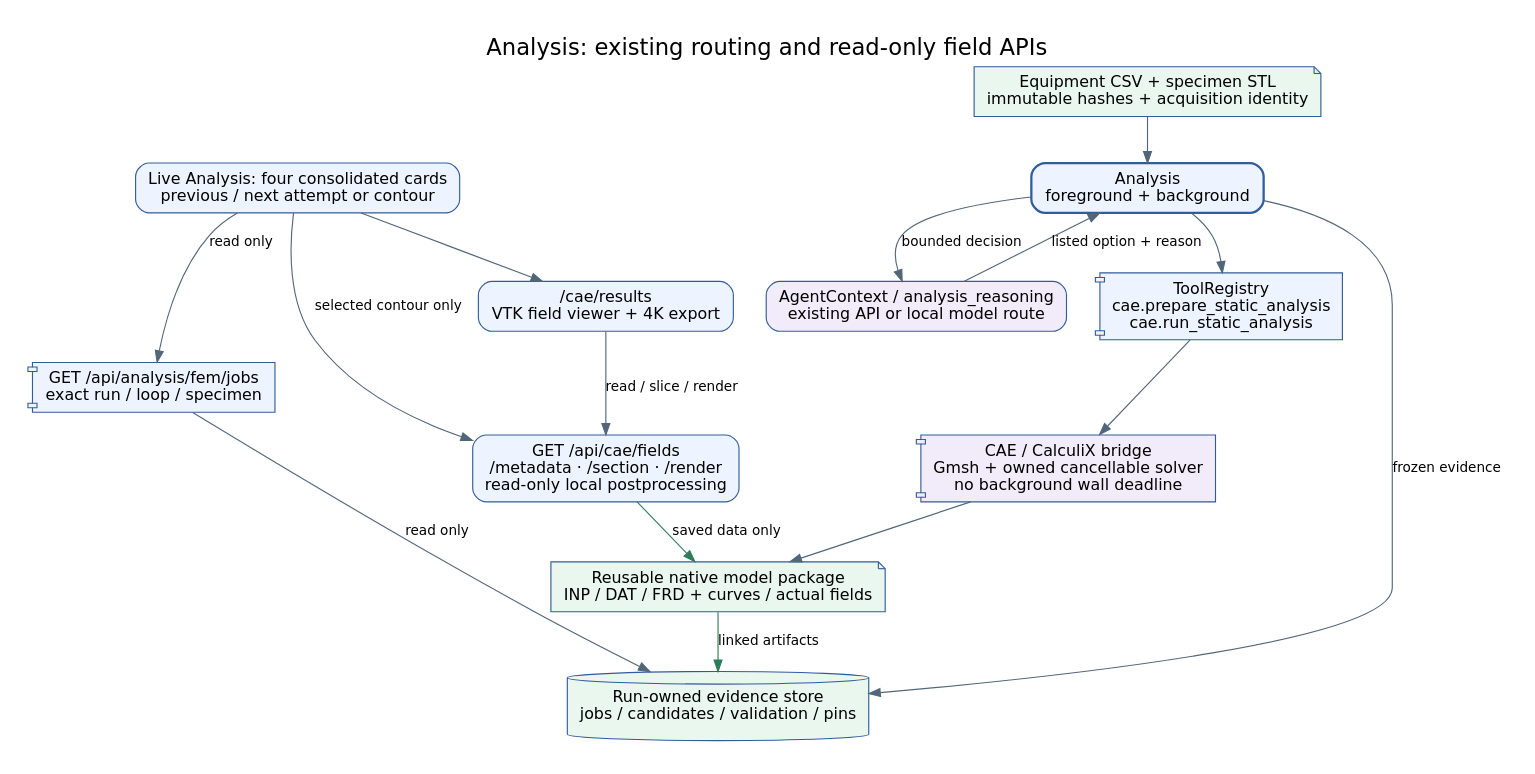
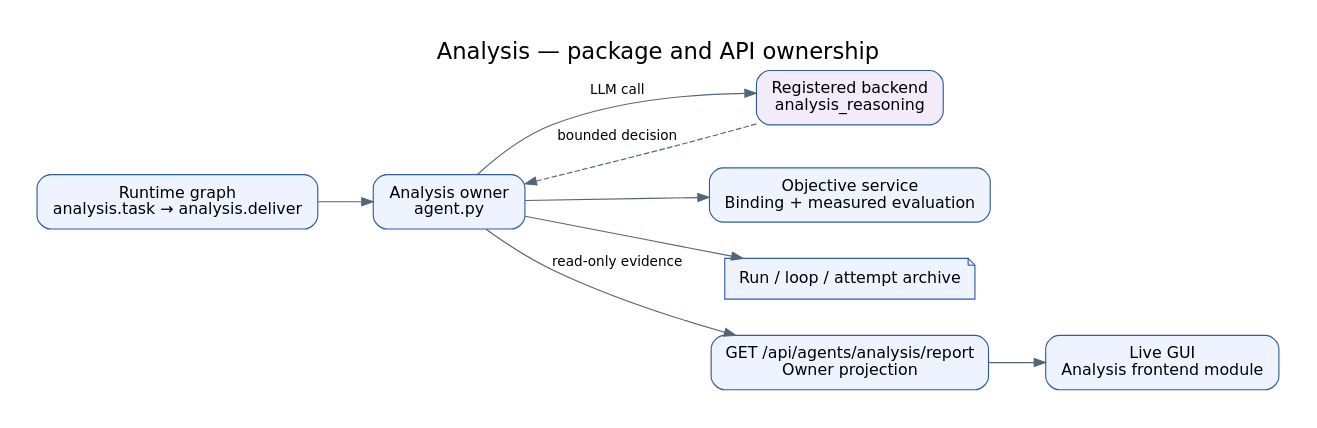
Before and after one commit to JIN9811/autonomous_researcher: the diagram in docs/agents/assets/figures/analysis_03_api_connection_architecture.dot, drawn with Graphviz. The commit also changed 301 other files, not shown here.

Commit message:
feat(gui): unify workspaces and refresh agent reports

```diff
--- a/docs/agents/assets/figures/analysis_03_api_connection_architecture.dot
+++ b/docs/agents/assets/figures/analysis_03_api_connection_architecture.dot
@@ -1,27 +1,19 @@
-digraph analysis_api_connection_architecture {
-  graph [rankdir=TB, bgcolor="white", pad="0.3", nodesep="0.4", ranksep="0.55", fontname="DejaVu Sans", label="Analysis: existing routing and read-only field APIs", labelloc=t, fontsize=20];
-  node [shape=box, style="rounded,filled", fillcolor="#EEF4FF", color="#315C9B", fontname="DejaVu Sans", fontsize=14, margin="0.17,0.1"];
-  edge [color="#52667A", fontname="DejaVu Sans", fontsize=12];
-  agent [label="Analysis\nforeground + background",penwidth=2];
-  llm [label="AgentContext / analysis_reasoning\nexisting API or local model route",fillcolor="#F2ECFA"];
-  tools [label="ToolRegistry\ncae.prepare_static_analysis\ncae.run_static_analysis",shape=component];
-  bridge [label="CAE / CalculiX bridge\nGmsh + owned cancellable solver\nno background wall deadline",shape=component,fillcolor="#F2ECFA"];
-  raw [label="Equipment CSV + specimen STL\nimmutable hashes + acquisition identity",shape=note,fillcolor="#E9F7EF"];
-  result [label="Reusable native model package\nINP / DAT / FRD + curves / actual fields",shape=note,fillcolor="#E9F7EF"];
-  store [label="Run-owned evidence store\njobs / candidates / validation / pins",shape=cylinder,fillcolor="#E9F7EF"];
-  gui [label="Live Analysis: four consolidated cards\nprevious / next attempt or contour"];
-  jobs [label="GET /api/analysis/fem/jobs\nexact run / loop / specimen",shape=component];
-  api [label="GET /api/cae/fields\n/metadata · /section · /render\nread-only local postprocessing"];
-  viewer [label="/cae/results\nVTK field viewer + 4K export"];
-  raw -> agent;
-  agent -> llm [label="bounded decision"];
-  llm -> agent [label="listed option + reason"];
-  agent -> tools -> bridge -> result;
-  agent -> store [label="frozen evidence"];
-  result -> store [label="linked artifacts",color="#2E7D59"];
-  gui -> viewer;
-  gui -> jobs -> store [label="read only"];
-  gui -> api [label="selected contour only"];
-  viewer -> api [label="read / slice / render"];
-  api -> result [label="saved data only",color="#2E7D59"];
+digraph analysis_api {
+ graph [rankdir=LR,bgcolor="white",pad="0.35",nodesep="0.45",ranksep="0.65",fontname="DejaVu Sans",fontsize=20,label="Analysis — package and API ownership",labelloc=t];
+ node [shape=box,style="rounded,filled",fillcolor="#EEF4FF",color="#315C9B",fontname="DejaVu Sans",fontsize=14,margin="0.2,0.12"];
+ edge [color="#52667A",fontname="DejaVu Sans",fontsize=12];
+ runtime [label="Runtime graph\nanalysis.task → analysis.deliver"];
+ owner [label="Analysis owner\nagent.py"];
+ llm [label="Registered backend\nanalysis_reasoning",fillcolor="#F2ECFA"];
+ objective [label="Objective service\nBinding + measured evaluation"];
+ archive [label="Run / loop / attempt archive",shape=note];
+ report [label="GET /api/agents/analysis/report\nOwner projection"];
+ live [label="Live GUI\nAnalysis frontend module"];
+ runtime -> owner;
+ owner -> llm [label="LLM call"];
+ llm -> owner [style=dashed,label="bounded decision"];
+ owner -> objective;
+ owner -> archive;
+ owner -> report [label="read-only evidence"];
+ report -> live;
 }
```
